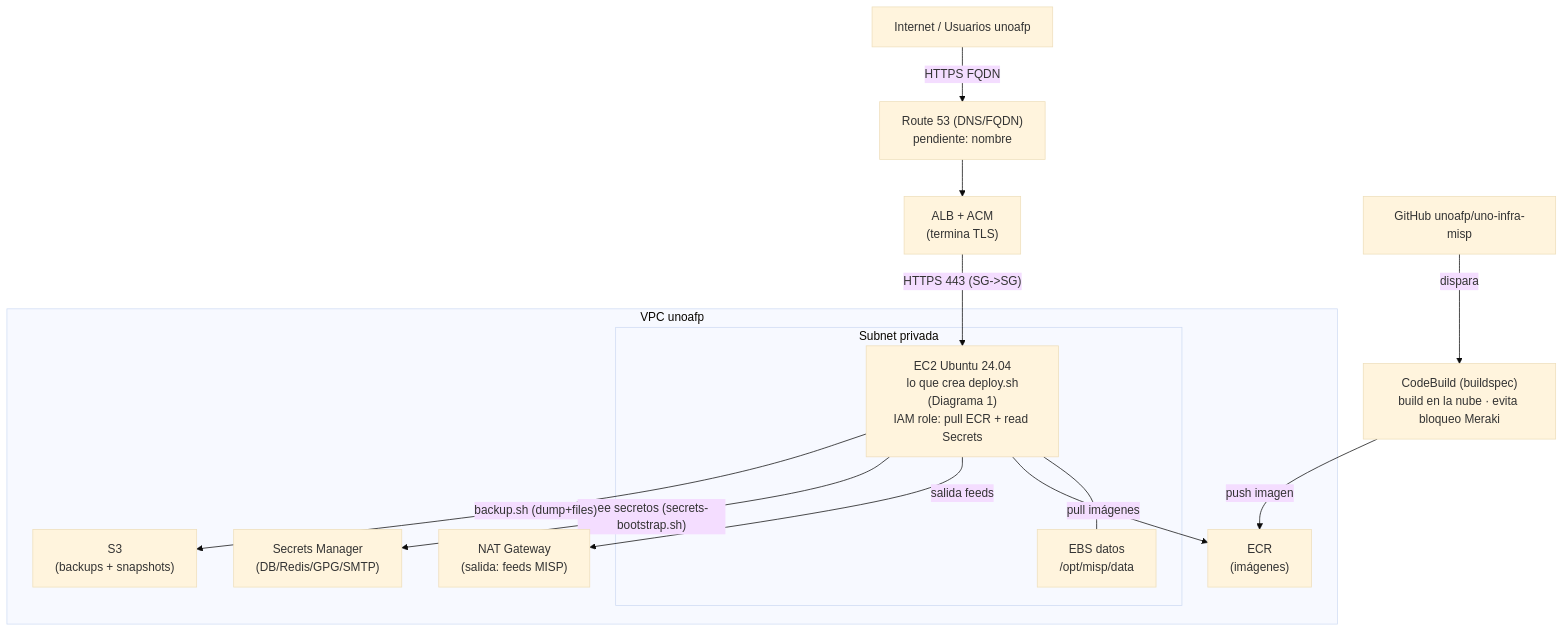
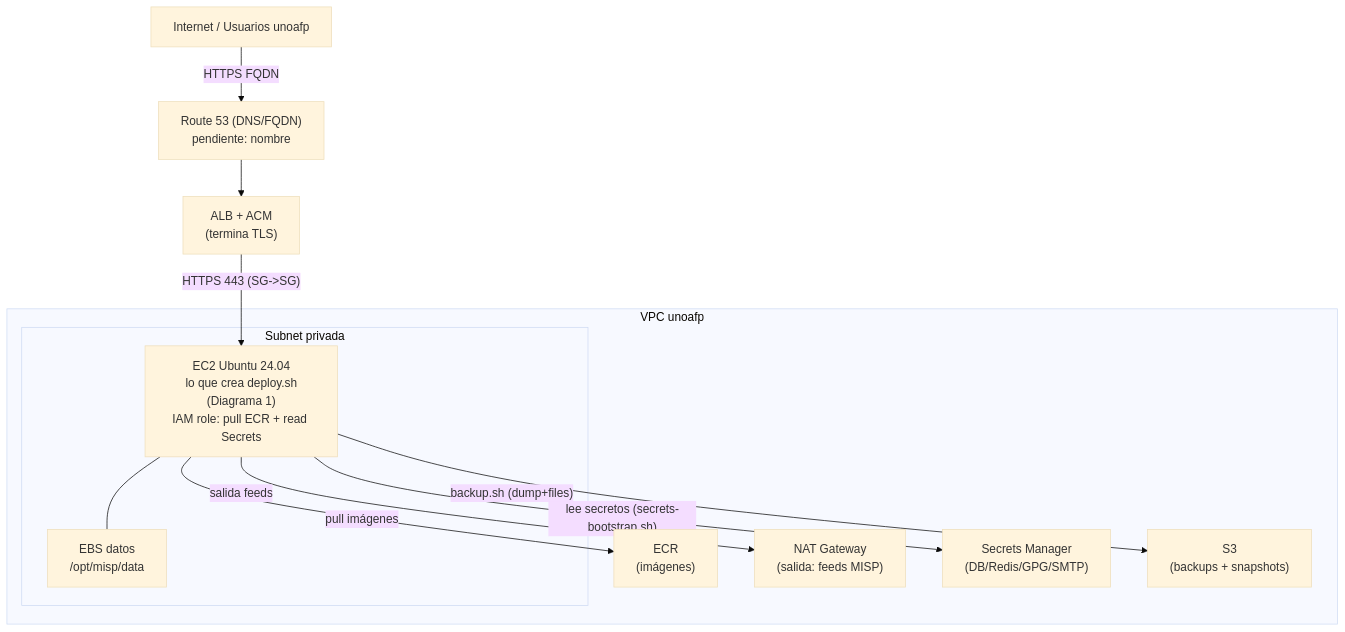
Before and after one commit to jllanquihuen/uno-infra-misp: the second of 2 diagrams in deploy/podman/deploy.md, drawn with Mermaid (base theme). The commit also changed other lines of this file and 1 other file, not shown here.

First line of the commit message:
docs: remove CodeBuild references (not used)

````diff
--- a/deploy/podman/deploy.md
+++ b/deploy/podman/deploy.md
@@ -128,25 +127,23 @@
 ```mermaid
 flowchart TB
     USERS["Internet / Usuarios unoafp"] -->|HTTPS FQDN| R53["Route 53 (DNS/FQDN)<br/>pendiente: nombre"]
     R53 --> ALB["ALB + ACM<br/>(termina TLS)"]
 
     subgraph VPC["VPC unoafp"]
         subgraph PRIV["Subnet privada"]
             EC2["EC2 Ubuntu 24.04<br/>lo que crea deploy.sh<br/>(Diagrama 1)<br/>IAM role: pull ECR + read Secrets"]
             EBS["EBS datos<br/>/opt/misp/data"]
         end
         ECR["ECR<br/>(imágenes)"]
         NAT["NAT Gateway<br/>(salida: feeds MISP)"]
         SM["Secrets Manager<br/>(DB/Redis/GPG/SMTP)"]
         S3["S3<br/>(backups + snapshots)"]
     end
 
     ALB -->|"HTTPS 443 (SG->SG)"| EC2
     EC2 --- EBS
     EC2 -->|pull imágenes| ECR
     EC2 -->|salida feeds| NAT
     EC2 -->|"lee secretos (secrets-bootstrap.sh)"| SM
     EC2 -->|"backup.sh (dump+files)"| S3
-    CB["CodeBuild (buildspec)<br/>build en la nube · evita bloqueo Meraki"] -->|push imagen| ECR
-    GH["GitHub unoafp/uno-infra-misp"] -->|dispara| CB
 ```
````
